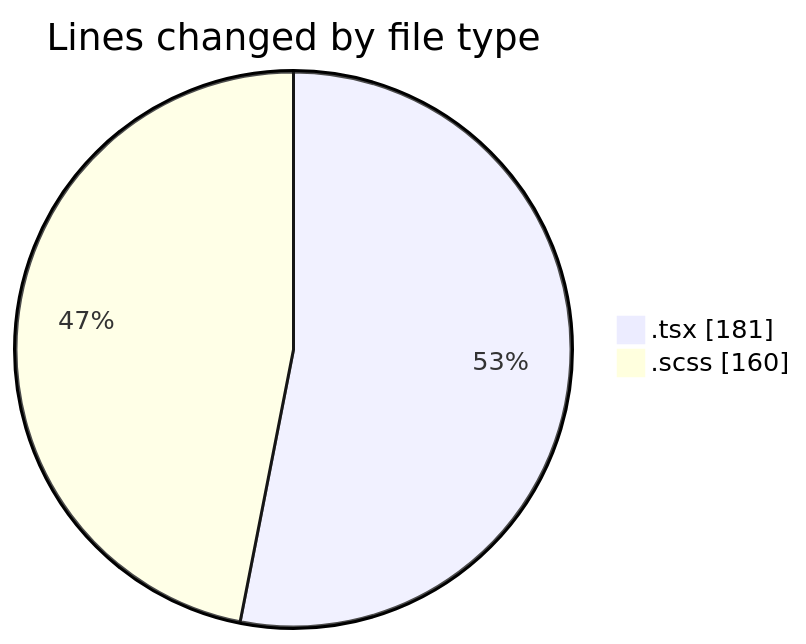
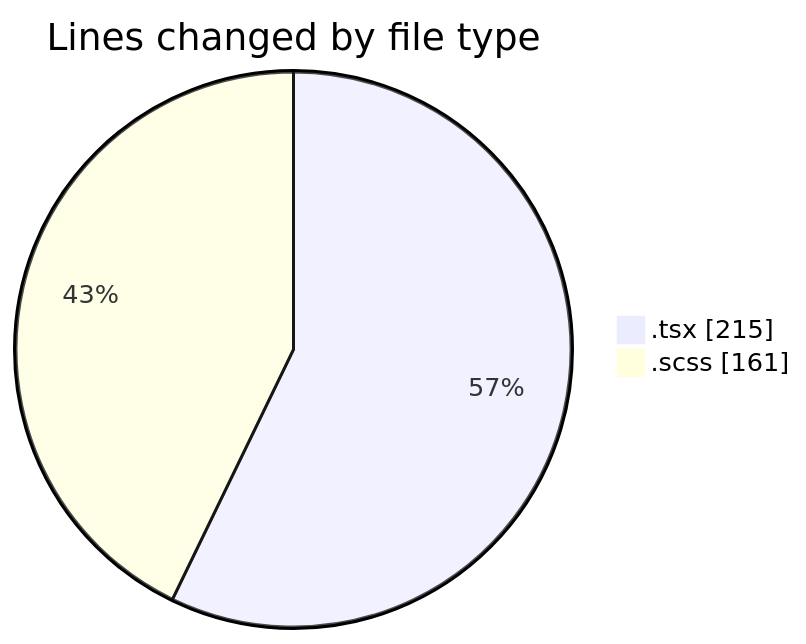
The first of 2 diagrams in 2025-09-16/cda/README.md (momahboobian/code-tracking), drawn with Mermaid before and after one commit. The commit also changed other lines of this file and 1 other file, not shown here.

````diff
--- a/2025-09-16/cda/README.md
+++ b/2025-09-16/cda/README.md
@@ -22,6 +22,6 @@
 ```mermaid
 pie showData
 title Lines changed by file type
-".tsx" : 181
-".scss" : 160
+".tsx" : 215
+".scss" : 161
 ```
````
